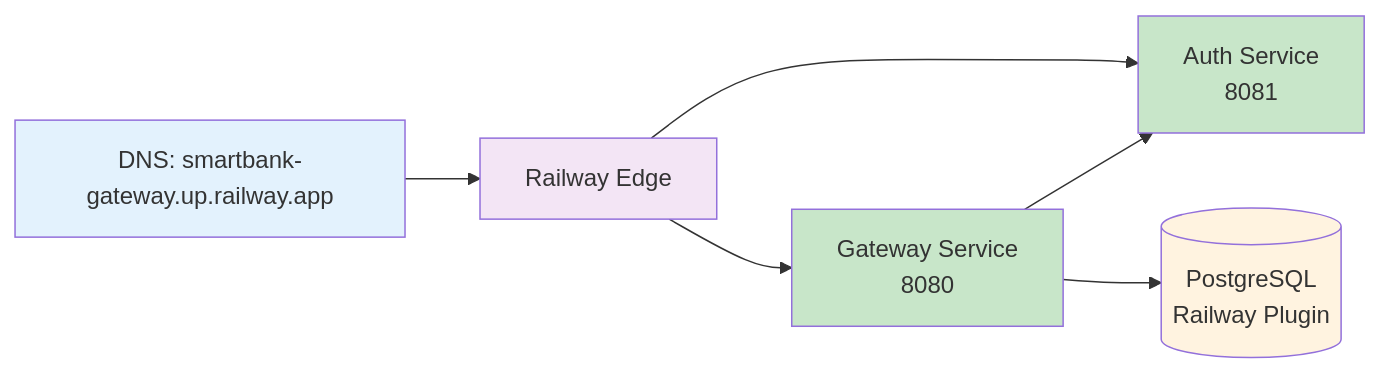
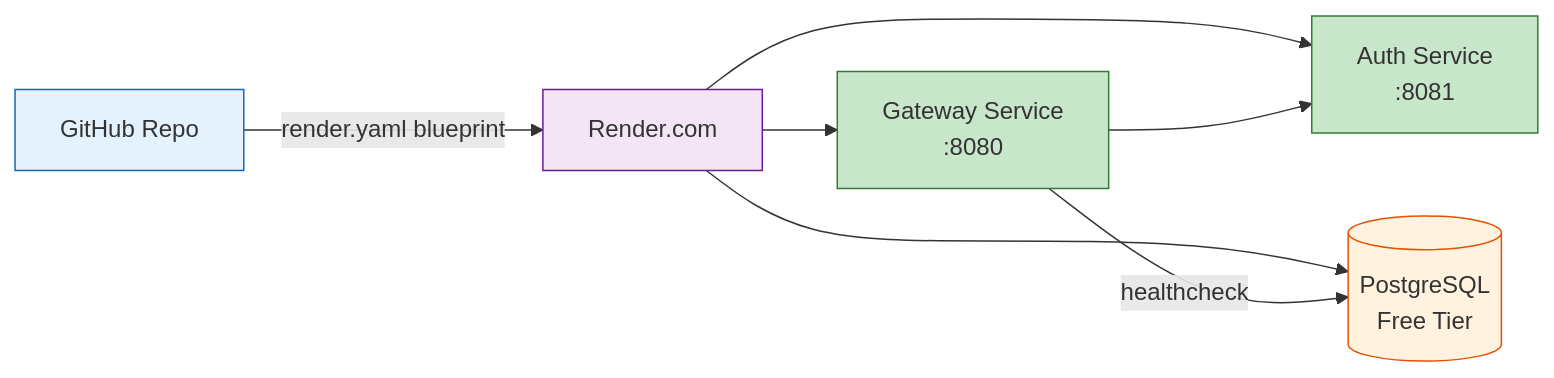
Before and after one commit to Raphasha27/smartbank-enterprise-platform: the third of 3 diagrams in README.md, drawn with Mermaid. The commit also changed other lines of this file and 1 other file, not shown here.

Commit message:
add render.yaml blueprint for Render free tier, update deployment docs

````diff
--- a/README.md
+++ b/README.md
@@ -174,14 +163,15 @@
 ```mermaid
 graph LR
-    DNS[DNS: smartbank-gateway.up.railway.app] --> RAILWAY[Railway Edge]
-    RAILWAY --> GW[Gateway Service<br/>8080]
-    RAILWAY --> AUTH[Auth Service<br/>8081]
+    REPO[GitHub Repo] -->|render.yaml blueprint| RENDER[Render.com]
+    RENDER --> GW[Gateway Service<br/>:8080]
+    RENDER --> AUTH[Auth Service<br/>:8081]
+    RENDER --> PG[(PostgreSQL<br/>Free Tier)]
     GW --> AUTH
-    GW --> PG[(PostgreSQL<br/>Railway Plugin)]
+    GW -->|healthcheck| PG
 
-    style DNS fill:#e3f2fd
-    style RAILWAY fill:#f3e5f5
-    style GW fill:#c8e6c9
-    style AUTH fill:#c8e6c9
-    style PG fill:#fff3e0
+    style REPO fill:#e3f2fd,stroke:#1565c0
+    style RENDER fill:#f3e5f5,stroke:#6a1b9a
+    style GW fill:#c8e6c9,stroke:#2e7d32
+    style AUTH fill:#c8e6c9,stroke:#2e7d32
+    style PG fill:#fff3e0,stroke:#e65100
 ```
````
